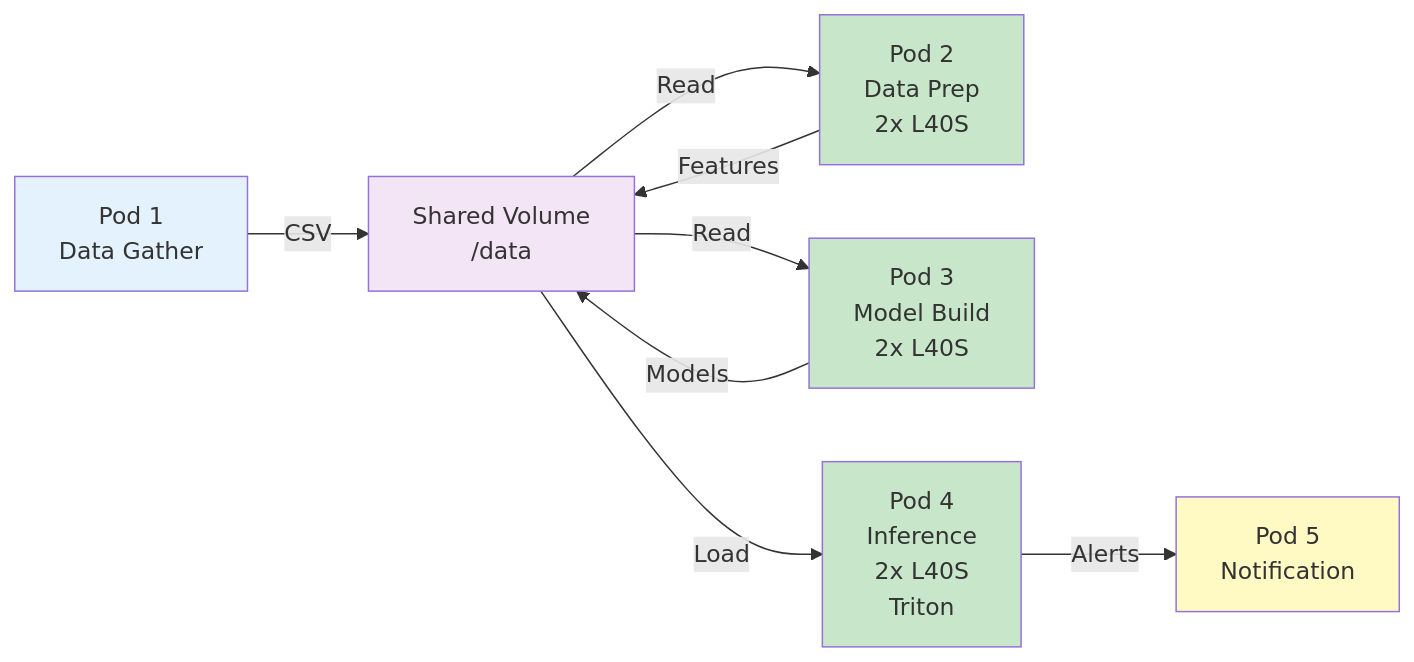
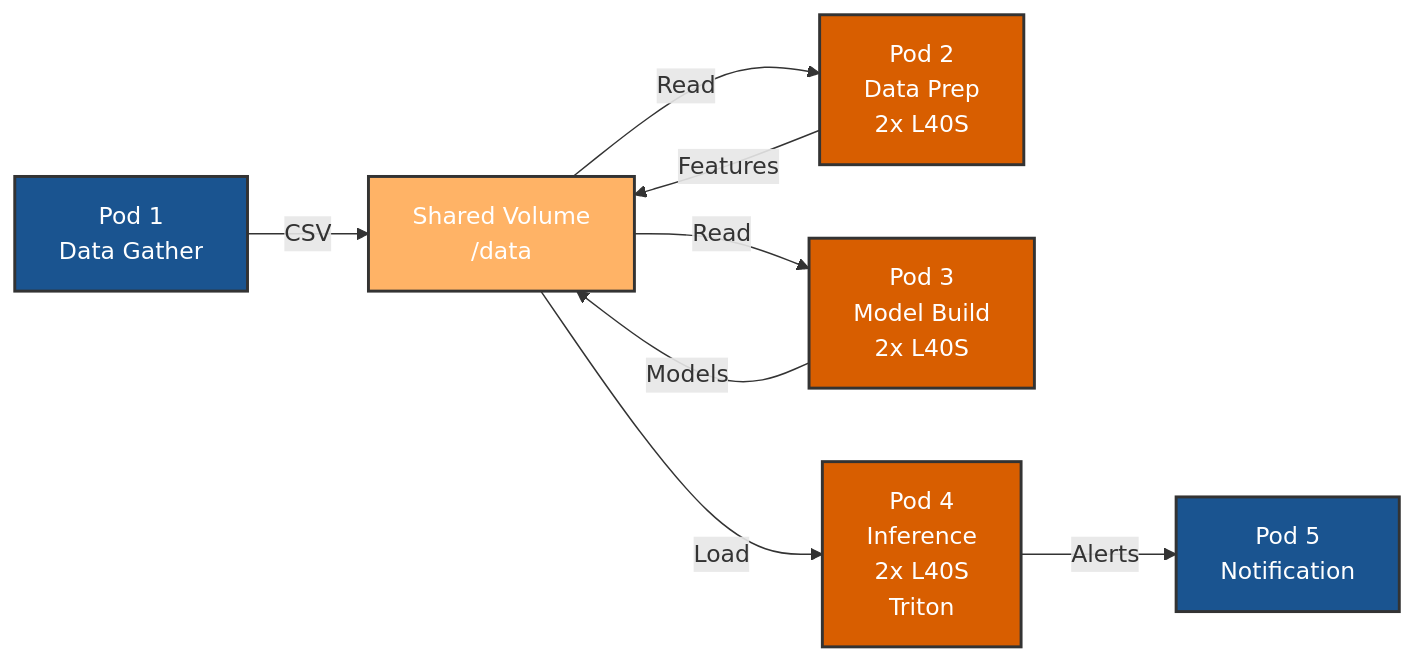
One commit to PureStorage-OpenConnect/fraud-detection-demo changed the diagram in README.md. Above: the diagram before and after it, drawn with Mermaid.

Commit message:
updated diagram

````diff
--- a/README.md
+++ b/README.md
@@ -17,17 +17,17 @@
 ```mermaid
 graph LR
     A[Pod 1<br/>Data Gather] -->|CSV| B[Shared Volume<br/>/data]
     B -->|Read| C[Pod 2<br/>Data Prep<br/>2x L40S]
     C -->|Features| B
     B -->|Read| D[Pod 3<br/>Model Build<br/>2x L40S]
     D -->|Models| B
     B -->|Load| E[Pod 4<br/>Inference<br/>2x L40S<br/>Triton]
     E -->|Alerts| F[Pod 5<br/>Notification]
     
-    style A fill:#e3f2fd
-    style C fill:#c8e6c9
-    style D fill:#c8e6c9
-    style E fill:#c8e6c9
-    style F fill:#fff9c4
-    style B fill:#f3e5f5
+    style A fill:#1a5490,stroke:#333,stroke-width:2px,color:#fff
+    style C fill:#d85e00,stroke:#333,stroke-width:2px,color:#fff
+    style D fill:#d85e00,stroke:#333,stroke-width:2px,color:#fff
+    style E fill:#d85e00,stroke:#333,stroke-width:2px,color:#fff
+    style F fill:#1a5490,stroke:#333,stroke-width:2px,color:#fff
+    style B fill:#ffb366,stroke:#333,stroke-width:2px,color:#fff
 ```
````
